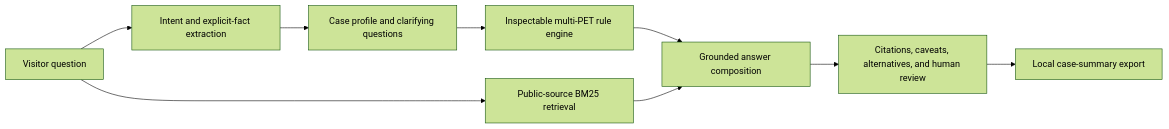
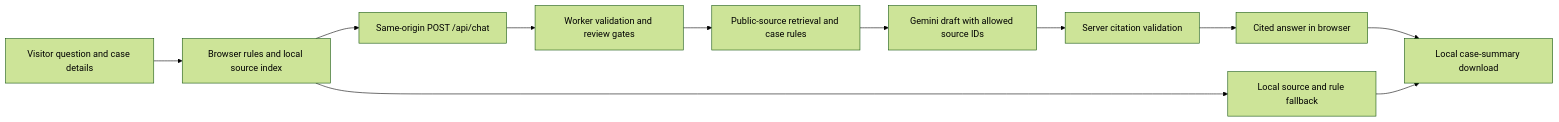
One commit to kathigg/pets_model changed the diagram in docs/ARCHITECTURE.md. Above: the diagram before and after it, drawn with Mermaid (forest theme). The commit also changed other lines of this file and 60 other files, not shown here.

Commit message:
Add Gemini-backed public-source RAG chatbot

````diff
--- a/docs/ARCHITECTURE.md
+++ b/docs/ARCHITECTURE.md
@@ -3,11 +3,13 @@
 ```mermaid
 flowchart LR
-  A[Visitor question] --> B[Intent and explicit-fact extraction]
-  B --> C[Case profile and clarifying questions]
-  C --> D[Inspectable multi-PET rule engine]
-  A --> E[Public-source BM25 retrieval]
-  D --> F[Grounded answer composition]
-  E --> F
-  F --> G[Citations, caveats, alternatives, and human review]
-  G --> H[Local case-summary export]
+  A[Visitor question and case details] --> B[Browser rules and local source index]
+  B --> C[Same-origin POST /api/chat]
+  C --> D[Worker validation and review gates]
+  D --> E[Public-source retrieval and case rules]
+  E --> F[Gemini draft with allowed source IDs]
+  F --> G[Server citation validation]
+  G --> H[Cited answer in browser]
+  B --> I[Local source and rule fallback]
+  H --> J[Local case-summary download]
+  I --> J
 ```
````
